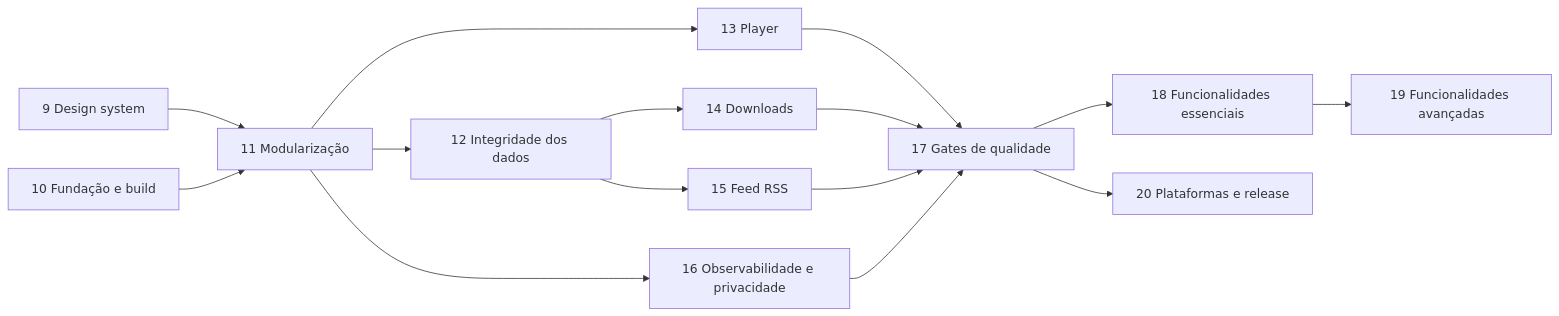
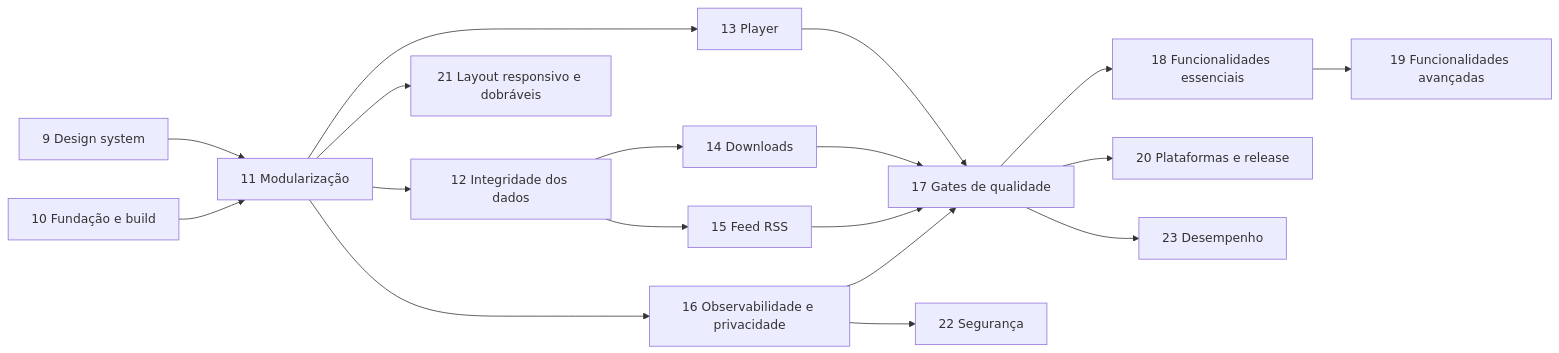
The diagram in docs/ROADMAP_MELHORIAS.md (rcleandro/Multiplatform-Podcast), drawn with Mermaid before and after one commit. The commit also changed other lines of this file, not shown here.

Commit message:
docs: add responsive layout, security and performance phases to the roadmap

````diff
--- a/docs/ROADMAP_MELHORIAS.md
+++ b/docs/ROADMAP_MELHORIAS.md
@@ -37,17 +40,20 @@
 ```mermaid
 graph LR
     F9[9 Design system] --> F11[11 Modularização]
     F10[10 Fundação e build] --> F11
     F11 --> F12[12 Integridade dos dados]
     F11 --> F13[13 Player]
     F12 --> F14[14 Downloads]
     F12 --> F15[15 Feed RSS]
     F11 --> F16[16 Observabilidade e privacidade]
     F13 --> F17[17 Gates de qualidade]
     F14 --> F17
     F15 --> F17
     F16 --> F17
     F17 --> F18[18 Funcionalidades essenciais]
     F18 --> F19[19 Funcionalidades avançadas]
     F17 --> F20[20 Plataformas e release]
+    F11 --> F21[21 Layout responsivo e dobráveis]
+    F16 --> F22[22 Segurança]
+    F17 --> F23[23 Desempenho]
 ```
````
